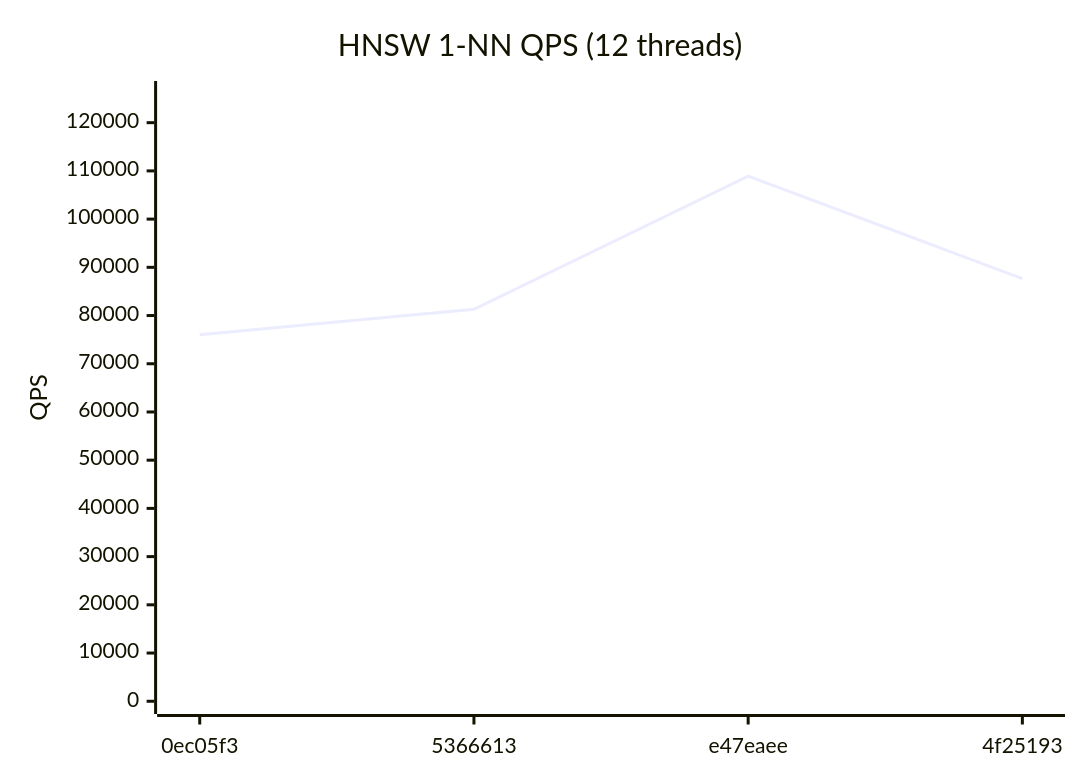
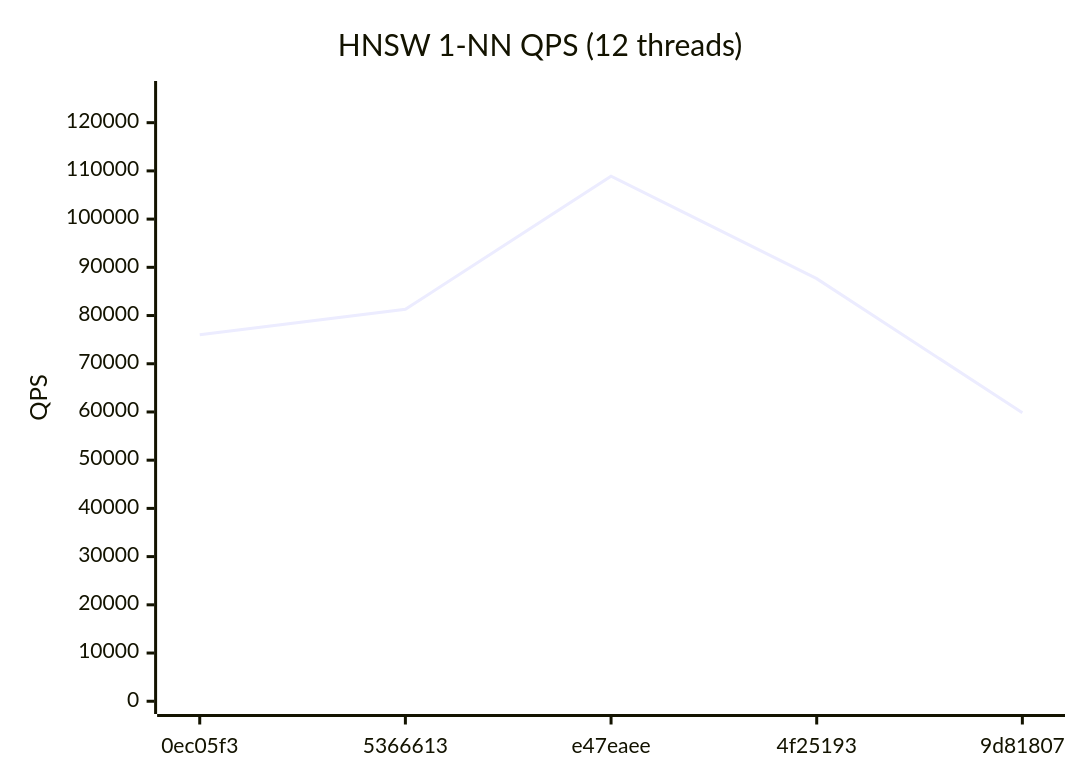
Before and after one commit to bibidhSubedi0/RedBoxDb: the second of 4 diagrams in benchmarks/REPORT.md, drawn with Mermaid. The commit also changed other lines of this file and 1 other file, not shown here.

````diff
--- a/benchmarks/REPORT.md
+++ b/benchmarks/REPORT.md
@@ -29,7 +29,7 @@
 ```mermaid
 xychart-beta
   title "HNSW 1-NN QPS (12 threads)"
-  x-axis ["0ec05f3", "5366613", "e47eaee", "4f25193"]
+  x-axis ["0ec05f3", "5366613", "e47eaee", "4f25193", "9d81807"]
   y-axis "QPS" 0 --> 126000
-  line [76009, 81296, 108905, 87655]
+  line [76009, 81296, 108905, 87655, 59834]
 ```
````
